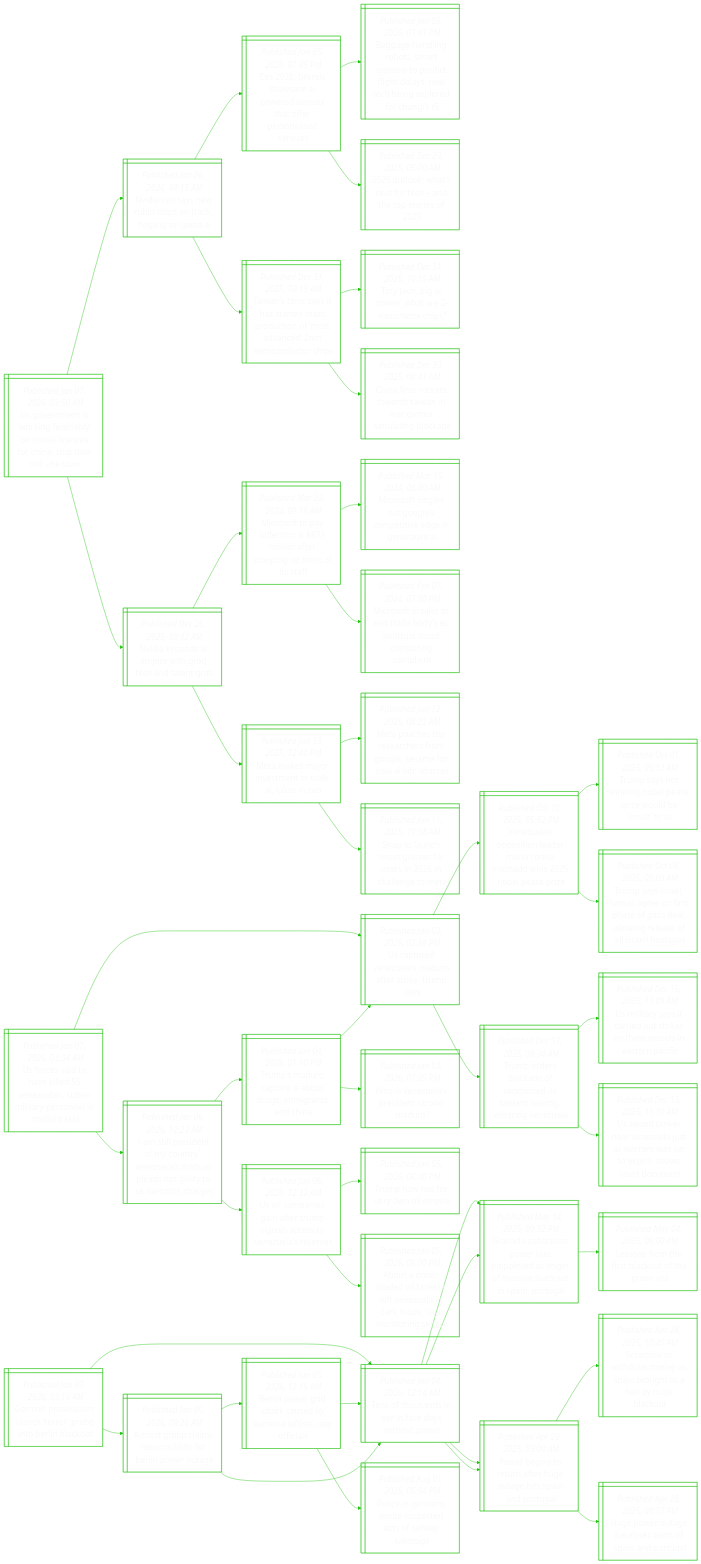
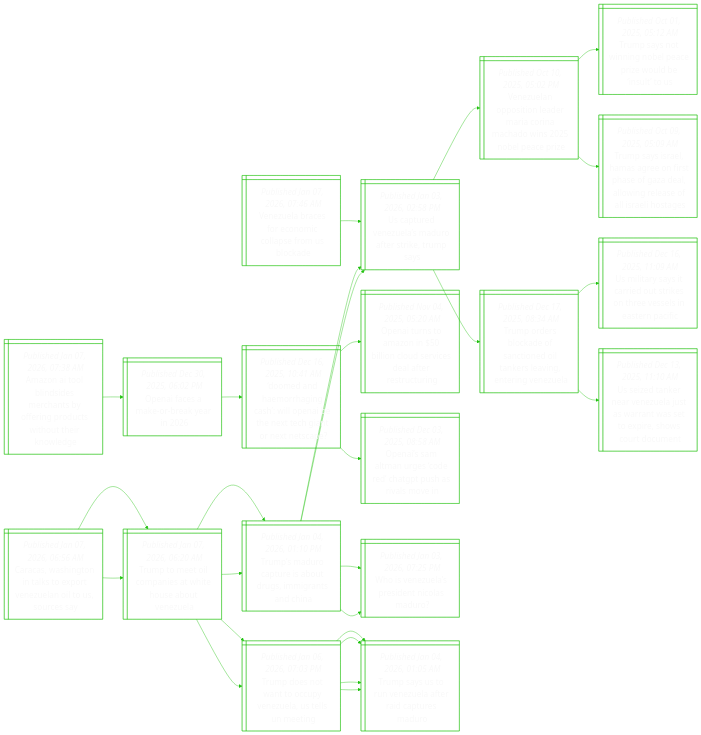
Before and after one commit to notJmes/notJmes: the diagram in README.md, drawn with Mermaid. The commit also changed other lines of this file, not shown here.

````diff
--- a/README.md
+++ b/README.md
@@ -16,54 +16,8 @@
 flowchart LR
 classDef txtsize font-size:20px;
 
-UenogryiieCsaik@{ shape: win-pane, label: "_Published Jan 07, 2026, 03:50 AM_
-Us government is ‘working feverishly’ on nvidia licences for china, ship date still unknown" }
-Naawnsalte@{ shape: win-pane, label: "_Published Jan 06, 2026, 08:15 AM_
-Nvidia ceo says new rubin chips on track, helping to speed ai" }
-Cahsodcaesiee@{ shape: win-pane, label: "_Published Jan 05, 2026, 07:45 PM_
-Ces 2026: brands showcase ai-powered devices that offer personalised services" }
-Bgdrstepcglehgoon@{ shape: win-pane, label: "_Published Jan 05, 2026, 01:01 PM_
-Baggage-handling robots, smart systems to predict flight delays: new tech being explored for changi’s t5" }
-Oottedorf@{ shape: win-pane, label: "_Published Dec 29, 2025, 05:00 AM_
-2026 outlook: what’s next for tech – and the top stories of 2025" }
-TnCisesunsaniuc@{ shape: win-pane, label: "_Published Dec 31, 2025, 10:15 AM_
-Taiwan’s tsmc says it has started mass production of ‘most advanced’ 2nm semiconductor chips" }
-Tegwaneh@{ shape: win-pane, label: "_Published Dec 31, 2025, 10:15 AM_
-Tiny tech, big ai power: what are 2-nanometre chips?" }
-Cfrtaaigsaba@{ shape: win-pane, label: "_Published Dec 30, 2025, 08:41 AM_
-China fires rockets towards taiwan in war games simulating blockade" }
-NaneeGednb@{ shape: win-pane, label: "_Published Dec 26, 2025, 08:42 AM_
-Nvidia expands ai empire with groq tech and talent grab" }
-MsontIitogstf@{ shape: win-pane, label: "_Published Mar 22, 2024, 09:15 AM_
-Microsoft to pay inflection ai $873 million after scooping up most of its staff" }
-Msisoseveni@{ shape: win-pane, label: "_Published Mar 15, 2024, 08:40 AM_
-Microsoft singles out google’s competitive edge in generative ai" }
-Msnsdestsupgl@{ shape: win-pane, label: "_Published Feb 07, 2024, 07:50 PM_
-Microsoft in talks to end trade body’s eu antitrust cloud-computing complaint" }
-MaanmnekC@{ shape: win-pane, label: "_Published Jun 13, 2025, 12:40 PM_
-Meta makes major investment in scale ai, takes in ceo" }
-MosecfoSeear@{ shape: win-pane, label: "_Published Jun 12, 2025, 08:22 AM_
-Meta poaches top researchers from google, sesame for new ai lab: sources" }
-Socrsornlta@{ shape: win-pane, label: "_Published Jun 11, 2025, 10:58 AM_
-Snap to launch smart glasses for users in 2026 in challenge to meta" }
-
-UenogryiieCsaik:::txtsize --> Naawnsalte:::txtsize
-Naawnsalte:::txtsize --> Cahsodcaesiee:::txtsize
-Cahsodcaesiee:::txtsize --> Bgdrstepcglehgoon:::txtsize
-Cahsodcaesiee:::txtsize --> Oottedorf:::txtsize
-Naawnsalte:::txtsize --> TnCisesunsaniuc:::txtsize
-TnCisesunsaniuc:::txtsize --> Tegwaneh:::txtsize
-TnCisesunsaniuc:::txtsize --> Cfrtaaigsaba:::txtsize
-UenogryiieCsaik:::txtsize --> NaneeGednb:::txtsize
-NaneeGednb:::txtsize --> MsontIitogstf:::txtsize
-MsontIitogstf:::txtsize --> Msisoseveni:::txtsize
-MsontIitogstf:::txtsize --> Msnsdestsupgl:::txtsize
-NaneeGednb:::txtsize --> MaanmnekC:::txtsize
-MaanmnekC:::txtsize --> MosecfoSeear:::txtsize
-MaanmnekC:::txtsize --> Socrsornlta:::txtsize
-
-Ucialeeuirslda@{ shape: win-pane, label: "_Published Jan 07, 2026, 03:34 AM_
-Us forces said to have killed 55 venezuelan, cuban military personnel in maduro raid" }
+Vurfocarba@{ shape: win-pane, label: "_Published Jan 07, 2026, 07:46 AM_
+Venezuela braces for economic collapse from us blockade" }
 UtVuMorkms@{ shape: win-pane, label: "_Published Jan 03, 2026, 02:58 PM_
 Us captured venezuela’s maduro after strike, trump says" }
 Vuoilranhibai@{ shape: win-pane, label: "_Published Oct 10, 2025, 05:02 PM_
@@ -78,77 +32,75 @@
 Us military says it carried out strikes on three vessels in eastern pacific" }
 Uznenltrwtphoon@{ shape: win-pane, label: "_Published Dec 13, 2025, 11:10 AM_
 Us seized tanker near venezuela just as warrant was set to expire, shows court document" }
-Iienytnldlniorcr@{ shape: win-pane, label: "_Published Jan 06, 2026, 12:23 AM_
-‘i am still president of my country’: venezuela’s maduro pleads not guilty to us narcotics charges" }
+
+Vurfocarba:::txtsize --> UtVuMorkms:::txtsize
+UtVuMorkms:::txtsize --> Vuoilranhibai:::txtsize
+Vuoilranhibai:::txtsize --> TsonoeroelS:::txtsize
+Vuoilranhibai:::txtsize --> TssHaossaaorslaoe:::txtsize
+UtVuMorkms:::txtsize --> Toskftdasitgz:::txtsize
+Toskftdasitgz:::txtsize --> Uistitktvlanf:::txtsize
+Toskftdasitgz:::txtsize --> Uznenltrwtphoon:::txtsize
+
+Anonecsfguitrl@{ shape: win-pane, label: "_Published Jan 07, 2026, 07:38 AM_
+Amazon ai tool blindsides merchants by offering products without their knowledge" }
+OIseea@{ shape: win-pane, label: "_Published Dec 30, 2025, 06:02 PM_
+Openai faces a make-or-break year in 2026" }
+DdarnhOIetirNa@{ shape: win-pane, label: "_Published Dec 16, 2025, 10:41 AM_
+‘doomed and haemorrhaging cash’: will openai be the next tech giant or next netscape?" }
+OIsaniorsarui@{ shape: win-pane, label: "_Published Nov 04, 2025, 05:20 AM_
+Openai turns to amazon in $50 billion cloud services deal after restructuring" }
+OIAnsrapsle@{ shape: win-pane, label: "_Published Dec 03, 2025, 08:58 AM_
+Openai’s sam altman urges ‘code red’ chatgpt push as rivals move in" }
+
+Anonecsfguitrl:::txtsize --> OIseea:::txtsize
+OIseea:::txtsize --> DdarnhOIetirNa:::txtsize
+DdarnhOIetirNa:::txtsize --> OIsaniorsarui:::txtsize
+DdarnhOIetirNa:::txtsize --> OIAnsrapsle:::txtsize
+
+Cahoaoreatos@{ shape: win-pane, label: "_Published Jan 07, 2026, 06:56 AM_
+Caracas, washington in talks to export venezuelan oil to us, sources say" }
+TttoiWHaVu@{ shape: win-pane, label: "_Published Jan 07, 2026, 06:20 AM_
+Trump to meet oil companies at white house about venezuela" }
 Tsrtstsgsh@{ shape: win-pane, label: "_Published Jan 04, 2026, 01:10 PM_
 Trump’s maduro capture is about drugs, immigrants and china" }
 UtVuMorkms@{ shape: win-pane, label: "_Published Jan 03, 2026, 02:58 PM_
 Us captured venezuela’s maduro after strike, trump says" }
 WVuPdisr@{ shape: win-pane, label: "_Published Jan 03, 2026, 07:25 PM_
 Who is venezuela’s president nicolas maduro?" }
-Ucnatugasnlss@{ shape: win-pane, label: "_Published Jan 06, 2026, 12:32 AM_
-Us oil companies gain after trump signals access to venezuela’s reserves" }
-Tnsenm@{ shape: win-pane, label: "_Published Jan 05, 2026, 06:00 PM_
-Trump now has his very own oil empire" }
-Aanetrtziksoree@{ shape: win-pane, label: "_Published Jan 05, 2026, 06:00 PM_
-About a dozen loaded oil tankers left venezuela in dark mode, says monitoring service" }
+TdotceetUt@{ shape: win-pane, label: "_Published Jan 06, 2026, 07:03 PM_
+Trump does not want to occupy venezuela, us tells un meeting" }
+TsSnzaraeu@{ shape: win-pane, label: "_Published Jan 04, 2026, 01:05 AM_
+Trump says us to run venezuela after raid captures maduro" }
+TsSnzaraeu@{ shape: win-pane, label: "_Published Jan 04, 2026, 01:05 AM_
+Trump says us to run venezuela after raid captures maduro" }
+TttoiWHaVu@{ shape: win-pane, label: "_Published Jan 07, 2026, 06:20 AM_
+Trump to meet oil companies at white house about venezuela" }
+Tsrtstsgsh@{ shape: win-pane, label: "_Published Jan 04, 2026, 01:10 PM_
+Trump’s maduro capture is about drugs, immigrants and china" }
+UtVuMorkms@{ shape: win-pane, label: "_Published Jan 03, 2026, 02:58 PM_
+Us captured venezuela’s maduro after strike, trump says" }
+WVuPdisr@{ shape: win-pane, label: "_Published Jan 03, 2026, 07:25 PM_
+Who is venezuela’s president nicolas maduro?" }
+TdotceetUt@{ shape: win-pane, label: "_Published Jan 06, 2026, 07:03 PM_
+Trump does not want to occupy venezuela, us tells un meeting" }
+TsSnzaraeu@{ shape: win-pane, label: "_Published Jan 04, 2026, 01:05 AM_
+Trump says us to run venezuela after raid captures maduro" }
+TsSnzaraeu@{ shape: win-pane, label: "_Published Jan 04, 2026, 01:05 AM_
+Trump says us to run venezuela after raid captures maduro" }
 
-Ucialeeuirslda:::txtsize --> UtVuMorkms:::txtsize
-UtVuMorkms:::txtsize --> Vuoilranhibai:::txtsize
-Vuoilranhibai:::txtsize --> TsonoeroelS:::txtsize
-Vuoilranhibai:::txtsize --> TssHaossaaorslaoe:::txtsize
-UtVuMorkms:::txtsize --> Toskftdasitgz:::txtsize
-Toskftdasitgz:::txtsize --> Uistitktvlanf:::txtsize
-Toskftdasitgz:::txtsize --> Uznenltrwtphoon:::txtsize
-Ucialeeuirslda:::txtsize --> Iienytnldlniorcr:::txtsize
-Iienytnldlniorcr:::txtsize --> Tsrtstsgsh:::txtsize
+Cahoaoreatos:::txtsize --> TttoiWHaVu:::txtsize
+TttoiWHaVu:::txtsize --> Tsrtstsgsh:::txtsize
 Tsrtstsgsh:::txtsize --> UtVuMorkms:::txtsize
 Tsrtstsgsh:::txtsize --> WVuPdisr:::txtsize
-Iienytnldlniorcr:::txtsize --> Ucnatugasnlss:::txtsize
-Ucnatugasnlss:::txtsize --> Tnsenm:::txtsize
-Ucnatugasnlss:::txtsize --> Aanetrtziksoree:::txtsize
-
-Gnernrrnrlu@{ shape: win-pane, label: "_Published Jan 07, 2026, 03:19 AM_
-German prosecutors launch ‘terror’ probe into berlin blackout" }
-Tfsilcsow@{ shape: win-pane, label: "_Published Jan 04, 2026, 12:14 AM_
-Tens of thousands in berlin face days without power" }
-Gdsoesodifiatarl@{ shape: win-pane, label: "_Published May 14, 2025, 09:32 PM_
-Granada substation power loss pinpointed as origin of massive blackout in spain, portugal" }
-Lnmiluhe@{ shape: win-pane, label: "_Published May 04, 2025, 06:00 PM_
-Lessons from the first blackout of the green era" }
-Pbstfutiadu@{ shape: win-pane, label: "_Published Apr 29, 2025, 05:00 AM_
-Power begins to return after huge outage hits spain and portugal" }
-SbwrnSbhhybo@{ shape: win-pane, label: "_Published Apr 28, 2025, 10:45 PM_
-Scramble to withdraw money as spain brought to a halt by huge blackout" }
-Houpyafnoa@{ shape: win-pane, label: "_Published Apr 28, 2025, 08:57 PM_
-Huge power outage paralyses parts of spain and portugal" }
-Aioaesiriea@{ shape: win-pane, label: "_Published Jan 05, 2026, 09:26 AM_
-Activist group claims responsibility for berlin power outage" }
-Bnrakexeiais@{ shape: win-pane, label: "_Published Jan 05, 2026, 12:15 AM_
-Berlin power grid attack caused by ‘extreme leftists’, say officials" }
-Tfsilcsow@{ shape: win-pane, label: "_Published Jan 04, 2026, 12:14 AM_
-Tens of thousands in berlin face days without power" }
-Perpsccrao@{ shape: win-pane, label: "_Published Aug 01, 2025, 05:54 PM_
-Police in germany probe suspected acts of railway sabotage" }
-Tfsilcsow@{ shape: win-pane, label: "_Published Jan 04, 2026, 12:14 AM_
-Tens of thousands in berlin face days without power" }
-Gdsoesodifiatarl@{ shape: win-pane, label: "_Published May 14, 2025, 09:32 PM_
-Granada substation power loss pinpointed as origin of massive blackout in spain, portugal" }
-Pbstfutiadu@{ shape: win-pane, label: "_Published Apr 29, 2025, 05:00 AM_
-Power begins to return after huge outage hits spain and portugal" }
-
-Gnernrrnrlu:::txtsize --> Tfsilcsow:::txtsize
-Tfsilcsow:::txtsize --> Gdsoesodifiatarl:::txtsize
-Gdsoesodifiatarl:::txtsize --> Lnmiluhe:::txtsize
-Tfsilcsow:::txtsize --> Pbstfutiadu:::txtsize
-Pbstfutiadu:::txtsize --> SbwrnSbhhybo:::txtsize
-Pbstfutiadu:::txtsize --> Houpyafnoa:::txtsize
-Gnernrrnrlu:::txtsize --> Aioaesiriea:::txtsize
-Aioaesiriea:::txtsize --> Bnrakexeiais:::txtsize
-Bnrakexeiais:::txtsize --> Tfsilcsow:::txtsize
-Bnrakexeiais:::txtsize --> Perpsccrao:::txtsize
-Aioaesiriea:::txtsize --> Tfsilcsow:::txtsize
-Tfsilcsow:::txtsize --> Gdsoesodifiatarl:::txtsize
-Tfsilcsow:::txtsize --> Pbstfutiadu:::txtsize
+TttoiWHaVu:::txtsize --> TdotceetUt:::txtsize
+TdotceetUt:::txtsize --> TsSnzaraeu:::txtsize
+TdotceetUt:::txtsize --> TsSnzaraeu:::txtsize
+Cahoaoreatos:::txtsize --> TttoiWHaVu:::txtsize
+TttoiWHaVu:::txtsize --> Tsrtstsgsh:::txtsize
+Tsrtstsgsh:::txtsize --> UtVuMorkms:::txtsize
+Tsrtstsgsh:::txtsize --> WVuPdisr:::txtsize
+TttoiWHaVu:::txtsize --> TdotceetUt:::txtsize
+TdotceetUt:::txtsize --> TsSnzaraeu:::txtsize
+TdotceetUt:::txtsize --> TsSnzaraeu:::txtsize
 
 ```
````
